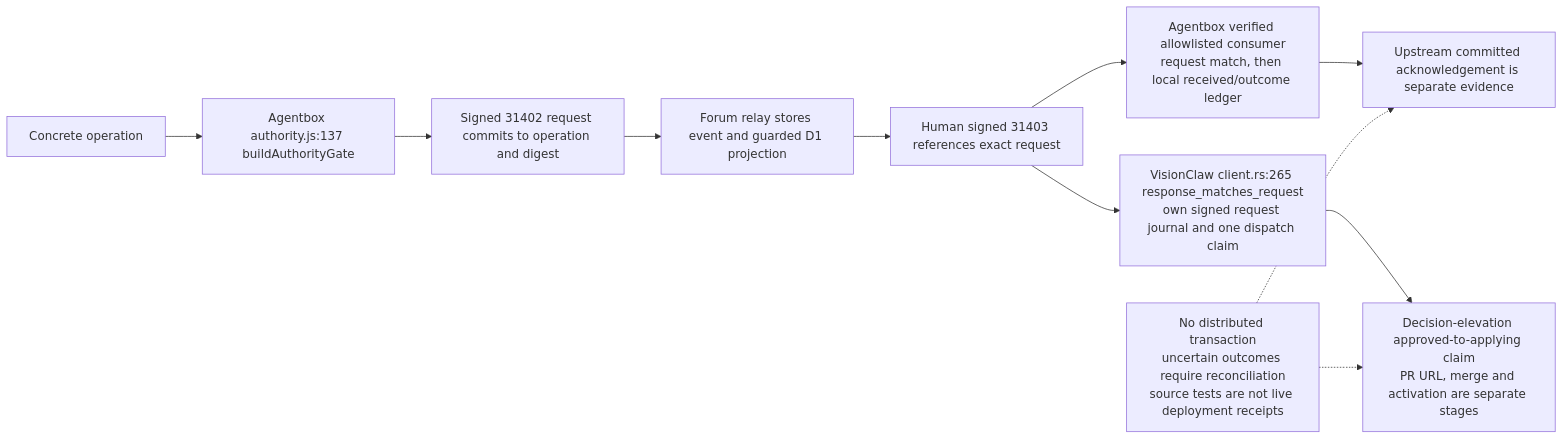
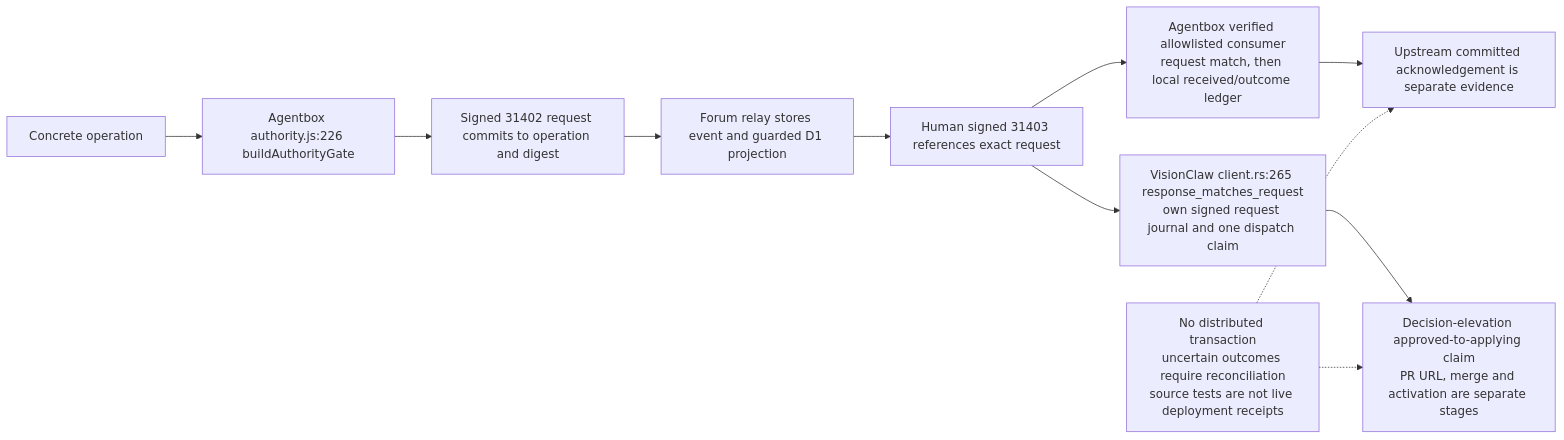
One commit to DreamLab-AI/VisionFlow changed the first of 13 diagrams in docs/diagrams/estate/05-governance-loop-across-estate.md. Above: the diagram before and after it, drawn with Mermaid. The commit also changed other lines of this file and 12 other files, not shown here.

````diff
--- a/docs/diagrams/estate/05-governance-loop-across-estate.md
+++ b/docs/diagrams/estate/05-governance-loop-across-estate.md
@@ -34,13 +43,13 @@
 ```mermaid
 flowchart LR
-    Request["Concrete operation"] --> Gate["Agentbox authority.js:137 buildAuthorityGate"]
+    Request["Concrete operation"] --> Gate["Agentbox authority.js:226 buildAuthorityGate"]
     Gate --> Signed["Signed 31402 request commits to operation and digest"]
     Signed --> Forum["Forum relay stores event and guarded D1 projection"]
     Forum --> Human["Human signed 31403 references exact request"]
     Human --> AB["Agentbox verified allowlisted consumer<br/>request match, then local received/outcome ledger"]
     Human --> VC["VisionClaw client.rs:265 response_matches_request<br/>own signed request journal and one dispatch claim"]
     AB --> Mutation["Upstream committed acknowledgement is separate evidence"]
     VC --> PR["Decision-elevation approved-to-applying claim<br/>PR URL, merge and activation are separate stages"]
     Limits["No distributed transaction<br/>uncertain outcomes require reconciliation<br/>source tests are not live deployment receipts"] -.-> Mutation
     Limits -.-> PR
 ```
````
